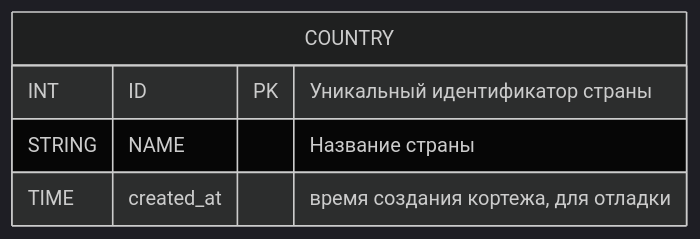
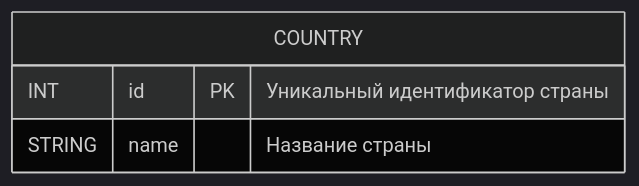
The second of 15 diagrams in db/normalized/relations.md (go-park-mail-ru/2024_1_Cyberkotletki), drawn with Mermaid (dark theme) before and after one commit. The commit also changed other lines of this file and 3 other files, not shown here.

````diff
--- a/db/normalized/relations.md
+++ b/db/normalized/relations.md
@@ -45,8 +42,7 @@
 ```mermaid
 erDiagram
     COUNTRY {
-        INT ID PK "Уникальный идентификатор страны"
-        STRING NAME "Название страны"
-        TIME created_at "время создания кортежа, для отладки"
+        INT id PK "Уникальный идентификатор страны"
+        STRING name "Название страны"
     }
 ```
````
